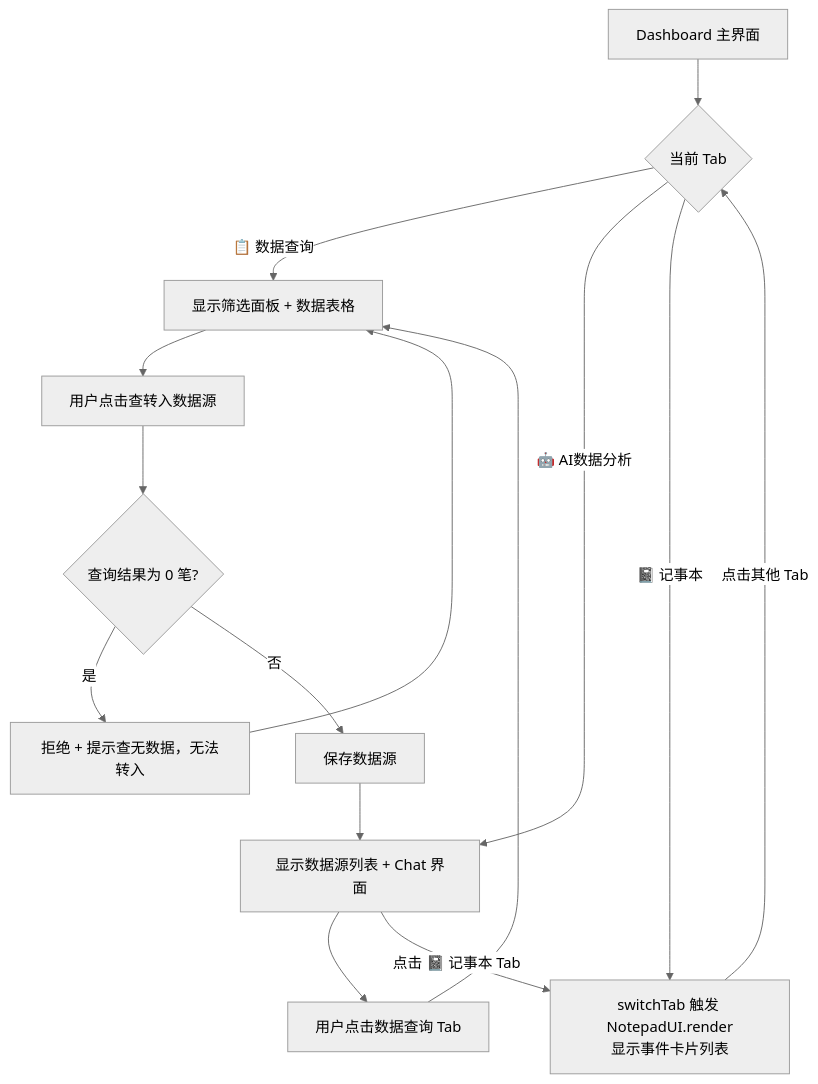
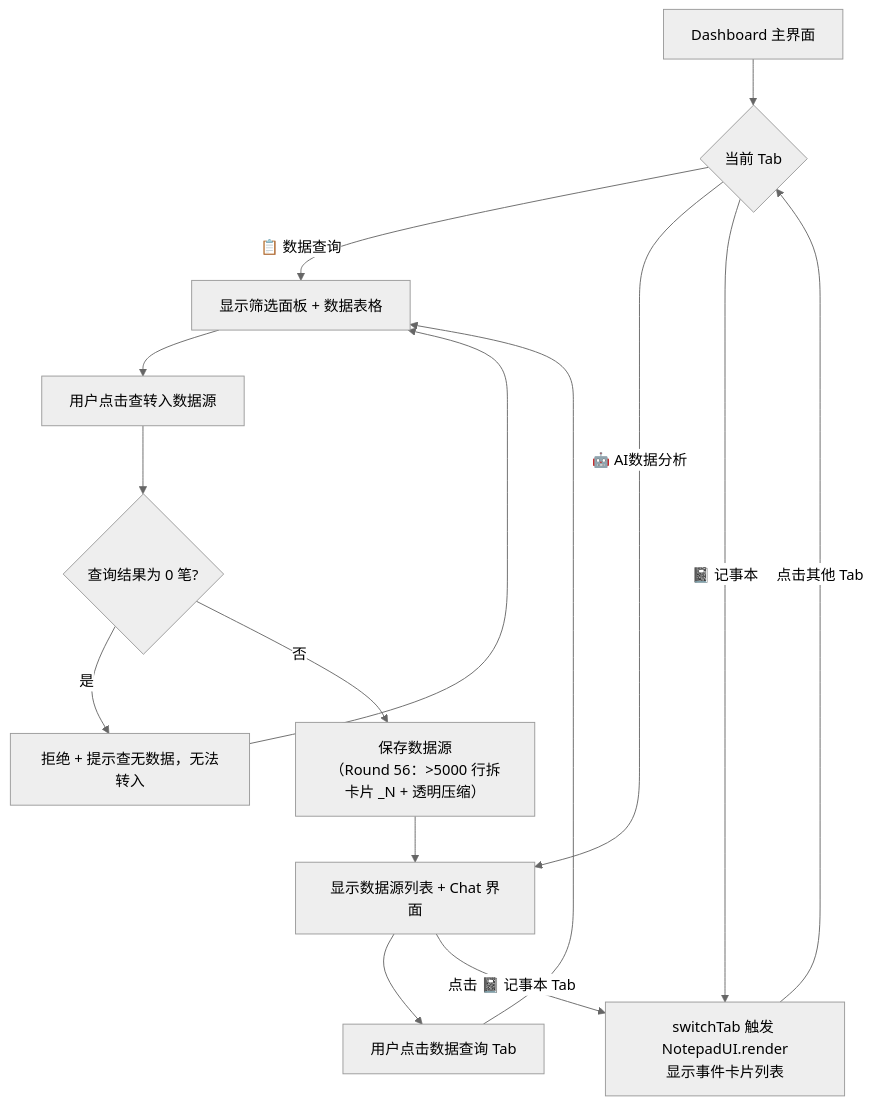
One commit to ksmingkimo/AsCoding changed the seventh of 23 diagrams in 流程图.md. Above: the diagram before and after it, drawn with Mermaid (neutral theme). The commit also changed other lines of this file and 19 other files, not shown here.

````diff
--- a/流程图.md
+++ b/流程图.md
@@ -260,17 +265,17 @@
 ```mermaid
 flowchart TD
     A[Dashboard 主界面] --> B{当前 Tab}
     B -->|📋 数据查询| C[显示筛选面板 + 数据表格]
     B -->|🤖 AI数据分析| D[显示数据源列表 + Chat 界面]
     B -->|📓 记事本| N[switchTab 触发 NotepadUI.render<br/>显示事件卡片列表]
     C --> E[用户点击查转入数据源]
     E --> F{查询结果为 0 笔?}
     F -->|是| R[拒绝 + 提示查无数据，无法转入]
-    F -->|否| F2[保存数据源]
+    F -->|否| F2["保存数据源<br/>（Round 56：>5000 行拆卡片 _N + 透明压缩）"]
     F2 --> D
     R --> C
     D --> G[用户点击数据查询 Tab]
     G --> C
     D -->|点击 📓 记事本 Tab| N
     N -->|点击其他 Tab| B
 ```
````
